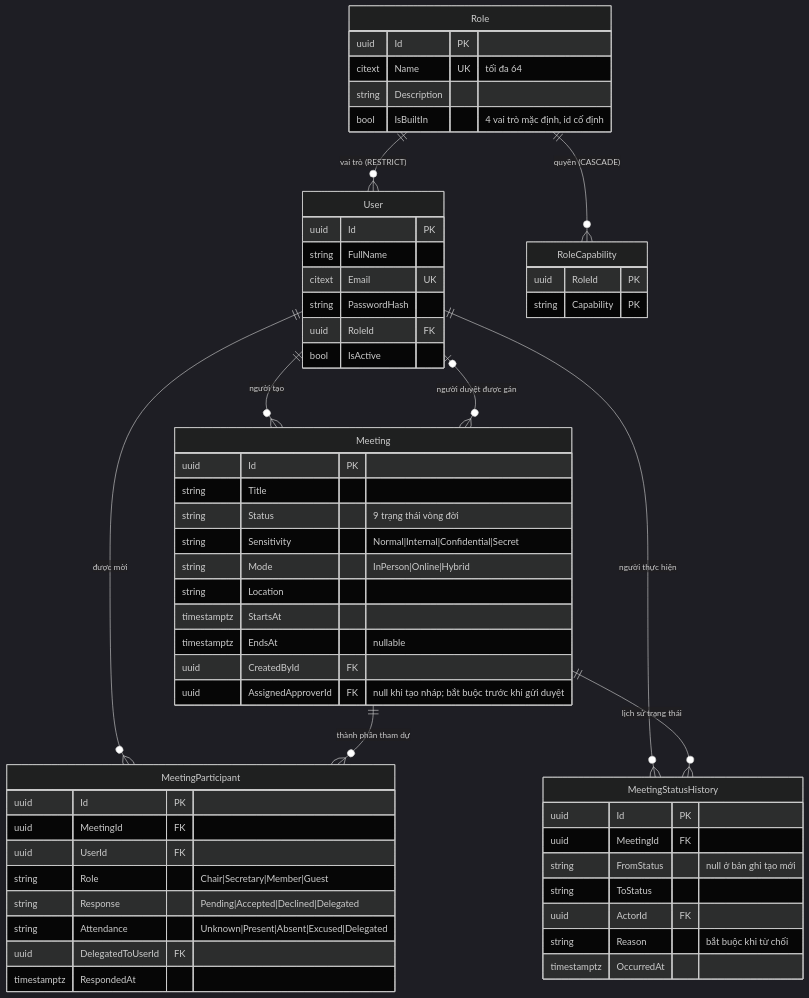
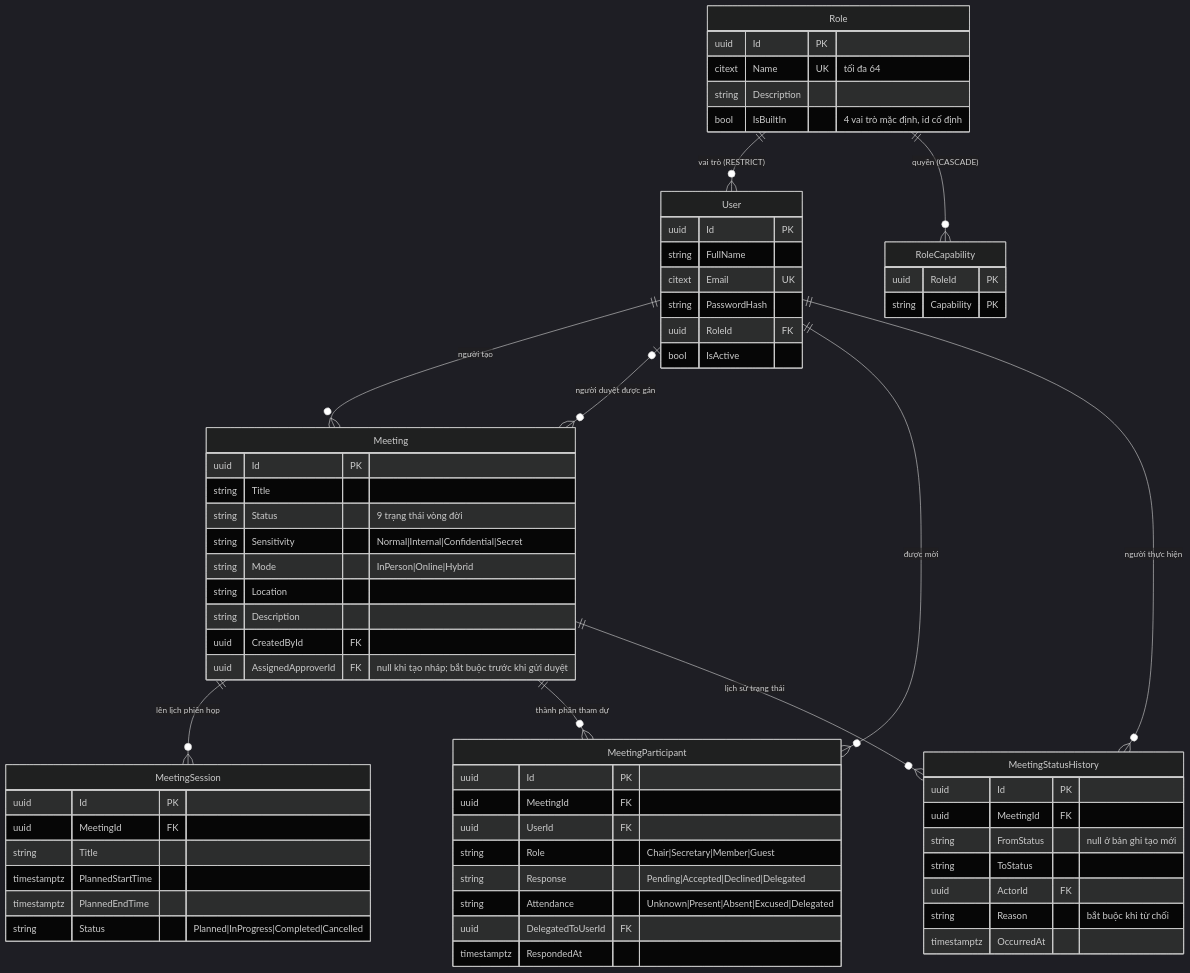
One commit to callmehai/FU-FA26-G116 changed the first of 5 diagrams in docs/02-design/02-erd.md. Above: the diagram before and after it, drawn with Mermaid (dark theme). The commit also changed other lines of this file and 13 other files, not shown here.

First line of the commit message:
[Doc]: Cập nhật đặc tả, tài liệu thiết kế và xuất lại Sequence Diagram UC-15 đến UC-18

````diff
--- a/docs/02-design/02-erd.md
+++ b/docs/02-design/02-erd.md
@@ -37,61 +40,69 @@
 ```mermaid
 erDiagram
     Role ||--o{ User : "vai trò (RESTRICT)"
     Role ||--o{ RoleCapability : "quyền (CASCADE)"
     User ||--o{ Meeting : "người tạo"
     User o|--o{ Meeting : "người duyệt được gán"
+    Meeting ||--o{ MeetingSession : "lên lịch phiên họp"
     User ||--o{ MeetingParticipant : "được mời"
     User ||--o{ MeetingStatusHistory : "người thực hiện"
     Meeting ||--o{ MeetingParticipant : "thành phần tham dự"
     Meeting ||--o{ MeetingStatusHistory : "lịch sử trạng thái"
 
     User {
         uuid Id PK
         string FullName
         citext Email UK
         string PasswordHash
         uuid RoleId FK
         bool IsActive
     }
     Role {
         uuid Id PK
         citext Name UK "tối đa 64"
         string Description
         bool IsBuiltIn "4 vai trò mặc định, id cố định"
     }
     RoleCapability {
         uuid RoleId PK
         string Capability PK
     }
     Meeting {
         uuid Id PK
         string Title
         string Status "9 trạng thái vòng đời"
         string Sensitivity "Normal|Internal|Confidential|Secret"
         string Mode "InPerson|Online|Hybrid"
         string Location
-        timestamptz StartsAt
-        timestamptz EndsAt "nullable"
+        string Description
         uuid CreatedById FK
         uuid AssignedApproverId FK "null khi tạo nháp; bắt buộc trước khi gửi duyệt"
+    }
+    MeetingSession {
+        uuid Id PK
+        uuid MeetingId FK
+        string Title
+        timestamptz PlannedStartTime
+        timestamptz PlannedEndTime
+        string Status "Planned|InProgress|Completed|Cancelled"
     }
     MeetingParticipant {
         uuid Id PK
         uuid MeetingId FK
         uuid UserId FK
         string Role "Chair|Secretary|Member|Guest"
         string Response "Pending|Accepted|Declined|Delegated"
         string Attendance "Unknown|Present|Absent|Excused|Delegated"
         uuid DelegatedToUserId FK
         timestamptz RespondedAt
     }
     MeetingStatusHistory {
         uuid Id PK
         uuid MeetingId FK
         string FromStatus "null ở bản ghi tạo mới"
         string ToStatus
         uuid ActorId FK
         string Reason "bắt buộc khi từ chối"
         timestamptz OccurredAt
     }
 ```
````
